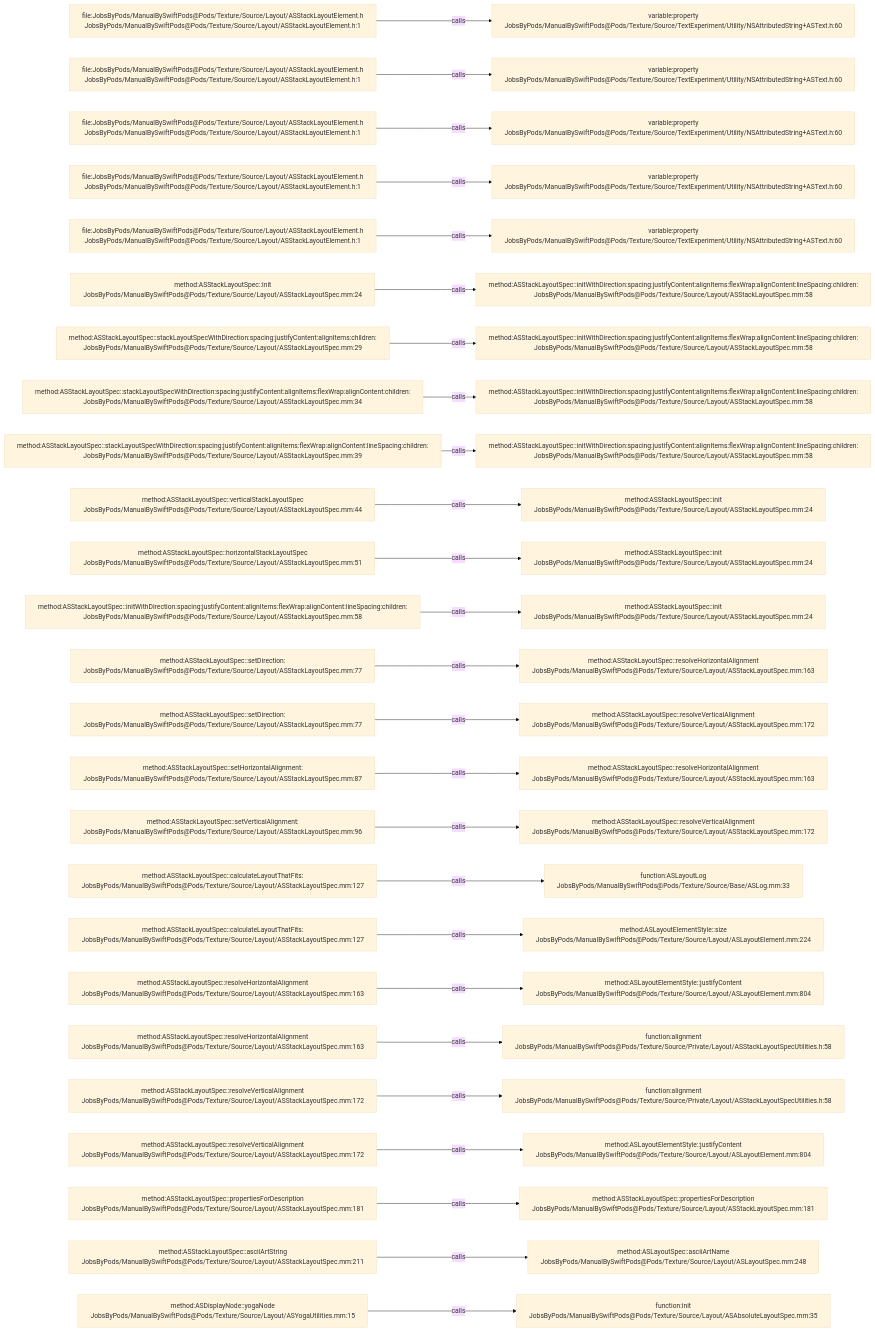
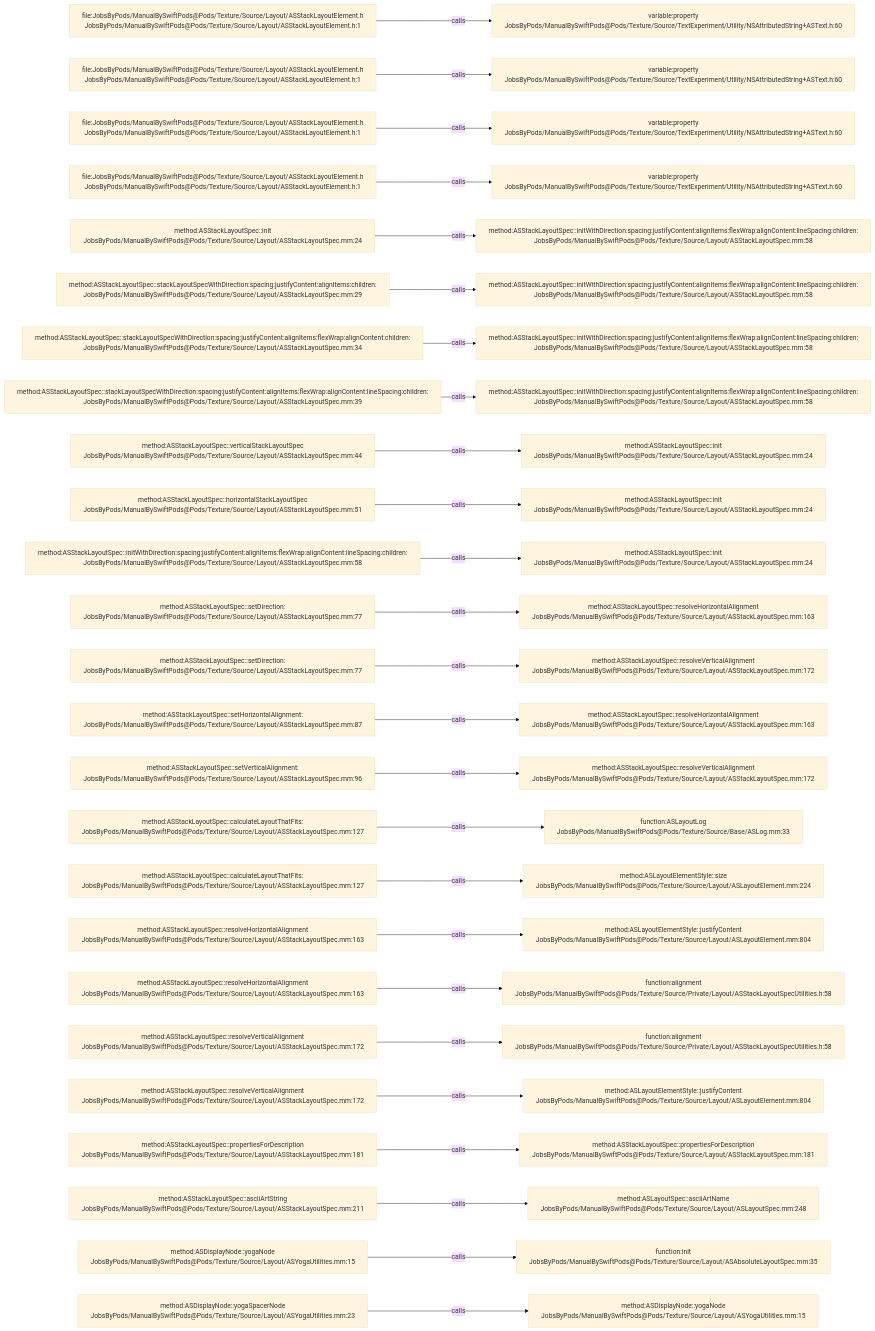
Before and after one commit to JobsKits/JobsSwiftBaseConfigDemo: the diagram in .codegraph/codegraph.md/graphs/calls-113.md, drawn with Mermaid (base theme). The commit also changed 747 other files, not shown here.

````diff
--- a/.codegraph/codegraph.md/graphs/calls-113.md
+++ b/.codegraph/codegraph.md/graphs/calls-113.md
@@ -13,78 +13,78 @@
 ```mermaid
 flowchart LR
   S1["file:JobsByPods/ManualBySwiftPods@Pods/Texture/Source/Layout/ASStackLayoutElement.h<br/>JobsByPods/ManualBySwiftPods@Pods/Texture/Source/Layout/ASStackLayoutElement.h:1"]
   T1["variable:property<br/>JobsByPods/ManualBySwiftPods@Pods/Texture/Source/TextExperiment/Utility/NSAttributedString+ASText.h:60"]
   S1 -->|calls| T1
   S2["file:JobsByPods/ManualBySwiftPods@Pods/Texture/Source/Layout/ASStackLayoutElement.h<br/>JobsByPods/ManualBySwiftPods@Pods/Texture/Source/Layout/ASStackLayoutElement.h:1"]
   T2["variable:property<br/>JobsByPods/ManualBySwiftPods@Pods/Texture/Source/TextExperiment/Utility/NSAttributedString+ASText.h:60"]
   S2 -->|calls| T2
   S3["file:JobsByPods/ManualBySwiftPods@Pods/Texture/Source/Layout/ASStackLayoutElement.h<br/>JobsByPods/ManualBySwiftPods@Pods/Texture/Source/Layout/ASStackLayoutElement.h:1"]
   T3["variable:property<br/>JobsByPods/ManualBySwiftPods@Pods/Texture/Source/TextExperiment/Utility/NSAttributedString+ASText.h:60"]
   S3 -->|calls| T3
   S4["file:JobsByPods/ManualBySwiftPods@Pods/Texture/Source/Layout/ASStackLayoutElement.h<br/>JobsByPods/ManualBySwiftPods@Pods/Texture/Source/Layout/ASStackLayoutElement.h:1"]
   T4["variable:property<br/>JobsByPods/ManualBySwiftPods@Pods/Texture/Source/TextExperiment/Utility/NSAttributedString+ASText.h:60"]
   S4 -->|calls| T4
-  S5["file:JobsByPods/ManualBySwiftPods@Pods/Texture/Source/Layout/ASStackLayoutElement.h<br/>JobsByPods/ManualBySwiftPods@Pods/Texture/Source/Layout/ASStackLayoutElement.h:1"]
-  T5["variable:property<br/>JobsByPods/ManualBySwiftPods@Pods/Texture/Source/TextExperiment/Utility/NSAttributedString+ASText.h:60"]
+  S5["method:ASStackLayoutSpec::init<br/>JobsByPods/ManualBySwiftPods@Pods/Texture/Source/Layout/ASStackLayoutSpec.mm:24"]
+  T5["method:ASStackLayoutSpec::initWithDirection:spacing:justifyContent:alignItems:flexWrap:alignContent:lineSpacing:children:<br/>JobsByPods/ManualBySwiftPods@Pods/Texture/Source/Layout/ASStackLayoutSpec.mm:58"]
   S5 -->|calls| T5
-  S6["method:ASStackLayoutSpec::init<br/>JobsByPods/ManualBySwiftPods@Pods/Texture/Source/Layout/ASStackLayoutSpec.mm:24"]
+  S6["method:ASStackLayoutSpec::stackLayoutSpecWithDirection:spacing:justifyContent:alignItems:children:<br/>JobsByPods/ManualBySwiftPods@Pods/Texture/Source/Layout/ASStackLayoutSpec.mm:29"]
   T6["method:ASStackLayoutSpec::initWithDirection:spacing:justifyContent:alignItems:flexWrap:alignContent:lineSpacing:children:<br/>JobsByPods/ManualBySwiftPods@Pods/Texture/Source/Layout/ASStackLayoutSpec.mm:58"]
   S6 -->|calls| T6
-  S7["method:ASStackLayoutSpec::stackLayoutSpecWithDirection:spacing:justifyContent:alignItems:children:<br/>JobsByPods/ManualBySwiftPods@Pods/Texture/Source/Layout/ASStackLayoutSpec.mm:29"]
+  S7["method:ASStackLayoutSpec::stackLayoutSpecWithDirection:spacing:justifyContent:alignItems:flexWrap:alignContent:children:<br/>JobsByPods/ManualBySwiftPods@Pods/Texture/Source/Layout/ASStackLayoutSpec.mm:34"]
   T7["method:ASStackLayoutSpec::initWithDirection:spacing:justifyContent:alignItems:flexWrap:alignContent:lineSpacing:children:<br/>JobsByPods/ManualBySwiftPods@Pods/Texture/Source/Layout/ASStackLayoutSpec.mm:58"]
   S7 -->|calls| T7
-  S8["method:ASStackLayoutSpec::stackLayoutSpecWithDirection:spacing:justifyContent:alignItems:flexWrap:alignContent:children:<br/>JobsByPods/ManualBySwiftPods@Pods/Texture/Source/Layout/ASStackLayoutSpec.mm:34"]
+  S8["method:ASStackLayoutSpec::stackLayoutSpecWithDirection:spacing:justifyContent:alignItems:flexWrap:alignContent:lineSpacing:children:<br/>JobsByPods/ManualBySwiftPods@Pods/Texture/Source/Layout/ASStackLayoutSpec.mm:39"]
   T8["method:ASStackLayoutSpec::initWithDirection:spacing:justifyContent:alignItems:flexWrap:alignContent:lineSpacing:children:<br/>JobsByPods/ManualBySwiftPods@Pods/Texture/Source/Layout/ASStackLayoutSpec.mm:58"]
   S8 -->|calls| T8
-  S9["method:ASStackLayoutSpec::stackLayoutSpecWithDirection:spacing:justifyContent:alignItems:flexWrap:alignContent:lineSpacing:children:<br/>JobsByPods/ManualBySwiftPods@Pods/Texture/Source/Layout/ASStackLayoutSpec.mm:39"]
-  T9["method:ASStackLayoutSpec::initWithDirection:spacing:justifyContent:alignItems:flexWrap:alignContent:lineSpacing:children:<br/>JobsByPods/ManualBySwiftPods@Pods/Texture/Source/Layout/ASStackLayoutSpec.mm:58"]
+  S9["method:ASStackLayoutSpec::verticalStackLayoutSpec<br/>JobsByPods/ManualBySwiftPods@Pods/Texture/Source/Layout/ASStackLayoutSpec.mm:44"]
+  T9["method:ASStackLayoutSpec::init<br/>JobsByPods/ManualBySwiftPods@Pods/Texture/Source/Layout/ASStackLayoutSpec.mm:24"]
   S9 -->|calls| T9
-  S10["method:ASStackLayoutSpec::verticalStackLayoutSpec<br/>JobsByPods/ManualBySwiftPods@Pods/Texture/Source/Layout/ASStackLayoutSpec.mm:44"]
+  S10["method:ASStackLayoutSpec::horizontalStackLayoutSpec<br/>JobsByPods/ManualBySwiftPods@Pods/Texture/Source/Layout/ASStackLayoutSpec.mm:51"]
   T10["method:ASStackLayoutSpec::init<br/>JobsByPods/ManualBySwiftPods@Pods/Texture/Source/Layout/ASStackLayoutSpec.mm:24"]
   S10 -->|calls| T10
-  S11["method:ASStackLayoutSpec::horizontalStackLayoutSpec<br/>JobsByPods/ManualBySwiftPods@Pods/Texture/Source/Layout/ASStackLayoutSpec.mm:51"]
+  S11["method:ASStackLayoutSpec::initWithDirection:spacing:justifyContent:alignItems:flexWrap:alignContent:lineSpacing:children:<br/>JobsByPods/ManualBySwiftPods@Pods/Texture/Source/Layout/ASStackLayoutSpec.mm:58"]
   T11["method:ASStackLayoutSpec::init<br/>JobsByPods/ManualBySwiftPods@Pods/Texture/Source/Layout/ASStackLayoutSpec.mm:24"]
   S11 -->|calls| T11
-  S12["method:ASStackLayoutSpec::initWithDirection:spacing:justifyContent:alignItems:flexWrap:alignContent:lineSpacing:children:<br/>JobsByPods/ManualBySwiftPods@Pods/Texture/Source/Layout/ASStackLayoutSpec.mm:58"]
-  T12["method:ASStackLayoutSpec::init<br/>JobsByPods/ManualBySwiftPods@Pods/Texture/Source/Layout/ASStackLayoutSpec.mm:24"]
+  S12["method:ASStackLayoutSpec::setDirection:<br/>JobsByPods/ManualBySwiftPods@Pods/Texture/Source/Layout/ASStackLayoutSpec.mm:77"]
+  T12["method:ASStackLayoutSpec::resolveHorizontalAlignment<br/>JobsByPods/ManualBySwiftPods@Pods/Texture/Source/Layout/ASStackLayoutSpec.mm:163"]
   S12 -->|calls| T12
   S13["method:ASStackLayoutSpec::setDirection:<br/>JobsByPods/ManualBySwiftPods@Pods/Texture/Source/Layout/ASStackLayoutSpec.mm:77"]
-  T13["method:ASStackLayoutSpec::resolveHorizontalAlignment<br/>JobsByPods/ManualBySwiftPods@Pods/Texture/Source/Layout/ASStackLayoutSpec.mm:163"]
+  T13["method:ASStackLayoutSpec::resolveVerticalAlignment<br/>JobsByPods/ManualBySwiftPods@Pods/Texture/Source/Layout/ASStackLayoutSpec.mm:172"]
   S13 -->|calls| T13
-  S14["method:ASStackLayoutSpec::setDirection:<br/>JobsByPods/ManualBySwiftPods@Pods/Texture/Source/Layout/ASStackLayoutSpec.mm:77"]
-  T14["method:ASStackLayoutSpec::resolveVerticalAlignment<br/>JobsByPods/ManualBySwiftPods@Pods/Texture/Source/Layout/ASStackLayoutSpec.mm:172"]
+  S14["method:ASStackLayoutSpec::setHorizontalAlignment:<br/>JobsByPods/ManualBySwiftPods@Pods/Texture/Source/Layout/ASStackLayoutSpec.mm:87"]
+  T14["method:ASStackLayoutSpec::resolveHorizontalAlignment<br/>JobsByPods/ManualBySwiftPods@Pods/Texture/Source/Layout/ASStackLayoutSpec.mm:163"]
   S14 -->|calls| T14
-  S15["method:ASStackLayoutSpec::setHorizontalAlignment:<br/>JobsByPods/ManualBySwiftPods@Pods/Texture/Source/Layout/ASStackLayoutSpec.mm:87"]
-  T15["method:ASStackLayoutSpec::resolveHorizontalAlignment<br/>JobsByPods/ManualBySwiftPods@Pods/Texture/Source/Layout/ASStackLayoutSpec.mm:163"]
+  S15["method:ASStackLayoutSpec::setVerticalAlignment:<br/>JobsByPods/ManualBySwiftPods@Pods/Texture/Source/Layout/ASStackLayoutSpec.mm:96"]
+  T15["method:ASStackLayoutSpec::resolveVerticalAlignment<br/>JobsByPods/ManualBySwiftPods@Pods/Texture/Source/Layout/ASStackLayoutSpec.mm:172"]
   S15 -->|calls| T15
-  S16["method:ASStackLayoutSpec::setVerticalAlignment:<br/>JobsByPods/ManualBySwiftPods@Pods/Texture/Source/Layout/ASStackLayoutSpec.mm:96"]
-  T16["method:ASStackLayoutSpec::resolveVerticalAlignment<br/>JobsByPods/ManualBySwiftPods@Pods/Texture/Source/Layout/ASStackLayoutSpec.mm:172"]
+  S16["method:ASStackLayoutSpec::calculateLayoutThatFits:<br/>JobsByPods/ManualBySwiftPods@Pods/Texture/Source/Layout/ASStackLayoutSpec.mm:127"]
+  T16["function:ASLayoutLog<br/>JobsByPods/ManualBySwiftPods@Pods/Texture/Source/Base/ASLog.mm:33"]
   S16 -->|calls| T16
   S17["method:ASStackLayoutSpec::calculateLayoutThatFits:<br/>JobsByPods/ManualBySwiftPods@Pods/Texture/Source/Layout/ASStackLayoutSpec.mm:127"]
-  T17["function:ASLayoutLog<br/>JobsByPods/ManualBySwiftPods@Pods/Texture/Source/Base/ASLog.mm:33"]
+  T17["method:ASLayoutElementStyle::size<br/>JobsByPods/ManualBySwiftPods@Pods/Texture/Source/Layout/ASLayoutElement.mm:224"]
   S17 -->|calls| T17
-  S18["method:ASStackLayoutSpec::calculateLayoutThatFits:<br/>JobsByPods/ManualBySwiftPods@Pods/Texture/Source/Layout/ASStackLayoutSpec.mm:127"]
-  T18["method:ASLayoutElementStyle::size<br/>JobsByPods/ManualBySwiftPods@Pods/Texture/Source/Layout/ASLayoutElement.mm:224"]
+  S18["method:ASStackLayoutSpec::resolveHorizontalAlignment<br/>JobsByPods/ManualBySwiftPods@Pods/Texture/Source/Layout/ASStackLayoutSpec.mm:163"]
+  T18["method:ASLayoutElementStyle::justifyContent<br/>JobsByPods/ManualBySwiftPods@Pods/Texture/Source/Layout/ASLayoutElement.mm:804"]
   S18 -->|calls| T18
   S19["method:ASStackLayoutSpec::resolveHorizontalAlignment<br/>JobsByPods/ManualBySwiftPods@Pods/Texture/Source/Layout/ASStackLayoutSpec.mm:163"]
-  T19["method:ASLayoutElementStyle::justifyContent<br/>JobsByPods/ManualBySwiftPods@Pods/Texture/Source/Layout/ASLayoutElement.mm:804"]
+  T19["function:alignment<br/>JobsByPods/ManualBySwiftPods@Pods/Texture/Source/Private/Layout/ASStackLayoutSpecUtilities.h:58"]
   S19 -->|calls| T19
-  S20["method:ASStackLayoutSpec::resolveHorizontalAlignment<br/>JobsByPods/ManualBySwiftPods@Pods/Texture/Source/Layout/ASStackLayoutSpec.mm:163"]
+  S20["method:ASStackLayoutSpec::resolveVerticalAlignment<br/>JobsByPods/ManualBySwiftPods@Pods/Texture/Source/Layout/ASStackLayoutSpec.mm:172"]
   T20["function:alignment<br/>JobsByPods/ManualBySwiftPods@Pods/Texture/Source/Private/Layout/ASStackLayoutSpecUtilities.h:58"]
   S20 -->|calls| T20
   S21["method:ASStackLayoutSpec::resolveVerticalAlignment<br/>JobsByPods/ManualBySwiftPods@Pods/Texture/Source/Layout/ASStackLayoutSpec.mm:172"]
-  T21["function:alignment<br/>JobsByPods/ManualBySwiftPods@Pods/Texture/Source/Private/Layout/ASStackLayoutSpecUtilities.h:58"]
+  T21["method:ASLayoutElementStyle::justifyContent<br/>JobsByPods/ManualBySwiftPods@Pods/Texture/Source/Layout/ASLayoutElement.mm:804"]
   S21 -->|calls| T21
-  S22["method:ASStackLayoutSpec::resolveVerticalAlignment<br/>JobsByPods/ManualBySwiftPods@Pods/Texture/Source/Layout/ASStackLayoutSpec.mm:172"]
-  T22["method:ASLayoutElementStyle::justifyContent<br/>JobsByPods/ManualBySwiftPods@Pods/Texture/Source/Layout/ASLayoutElement.mm:804"]
+  S22["method:ASStackLayoutSpec::propertiesForDescription<br/>JobsByPods/ManualBySwiftPods@Pods/Texture/Source/Layout/ASStackLayoutSpec.mm:181"]
+  T22["method:ASStackLayoutSpec::propertiesForDescription<br/>JobsByPods/ManualBySwiftPods@Pods/Texture/Source/Layout/ASStackLayoutSpec.mm:181"]
   S22 -->|calls| T22
-  S23["method:ASStackLayoutSpec::propertiesForDescription<br/>JobsByPods/ManualBySwiftPods@Pods/Texture/Source/Layout/ASStackLayoutSpec.mm:181"]
-  T23["method:ASStackLayoutSpec::propertiesForDescription<br/>JobsByPods/ManualBySwiftPods@Pods/Texture/Source/Layout/ASStackLayoutSpec.mm:181"]
+  S23["method:ASStackLayoutSpec::asciiArtString<br/>JobsByPods/ManualBySwiftPods@Pods/Texture/Source/Layout/ASStackLayoutSpec.mm:211"]
+  T23["method:ASLayoutSpec::asciiArtName<br/>JobsByPods/ManualBySwiftPods@Pods/Texture/Source/Layout/ASLayoutSpec.mm:248"]
   S23 -->|calls| T23
-  S24["method:ASStackLayoutSpec::asciiArtString<br/>JobsByPods/ManualBySwiftPods@Pods/Texture/Source/Layout/ASStackLayoutSpec.mm:211"]
-  T24["method:ASLayoutSpec::asciiArtName<br/>JobsByPods/ManualBySwiftPods@Pods/Texture/Source/Layout/ASLayoutSpec.mm:248"]
+  S24["method:ASDisplayNode::yogaNode<br/>JobsByPods/ManualBySwiftPods@Pods/Texture/Source/Layout/ASYogaUtilities.mm:15"]
+  T24["function:init<br/>JobsByPods/ManualBySwiftPods@Pods/Texture/Source/Layout/ASAbsoluteLayoutSpec.mm:35"]
   S24 -->|calls| T24
-  S25["method:ASDisplayNode::yogaNode<br/>JobsByPods/ManualBySwiftPods@Pods/Texture/Source/Layout/ASYogaUtilities.mm:15"]
-  T25["function:init<br/>JobsByPods/ManualBySwiftPods@Pods/Texture/Source/Layout/ASAbsoluteLayoutSpec.mm:35"]
+  S25["method:ASDisplayNode::yogaSpacerNode<br/>JobsByPods/ManualBySwiftPods@Pods/Texture/Source/Layout/ASYogaUtilities.mm:23"]
+  T25["method:ASDisplayNode::yogaNode<br/>JobsByPods/ManualBySwiftPods@Pods/Texture/Source/Layout/ASYogaUtilities.mm:15"]
   S25 -->|calls| T25
 ```
````
